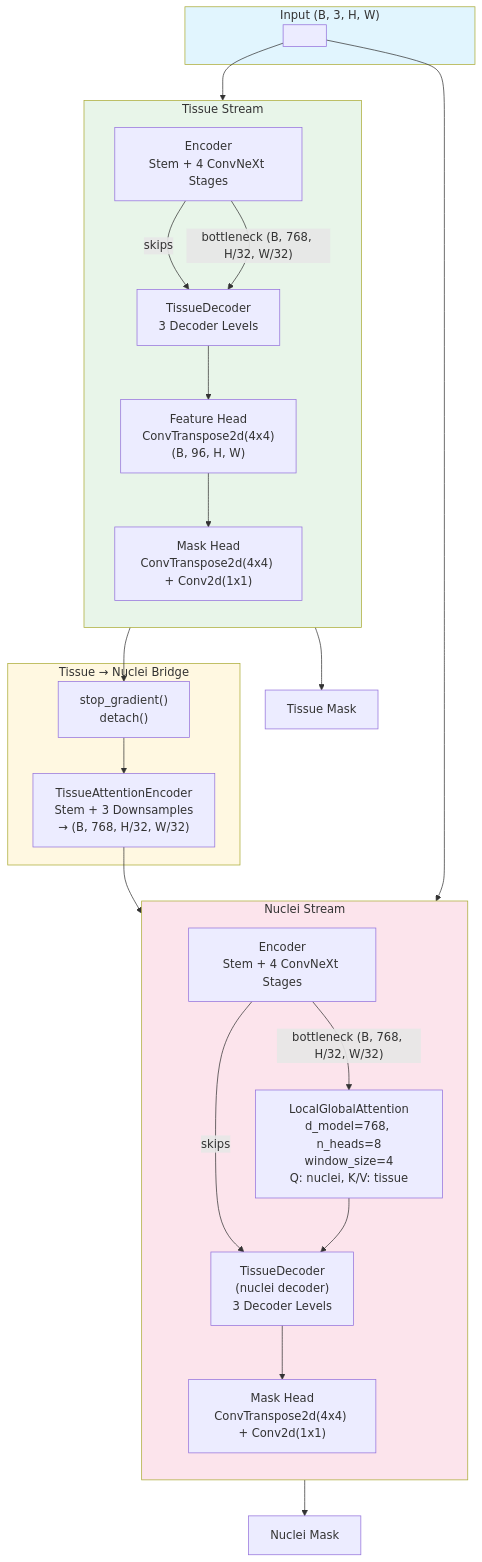
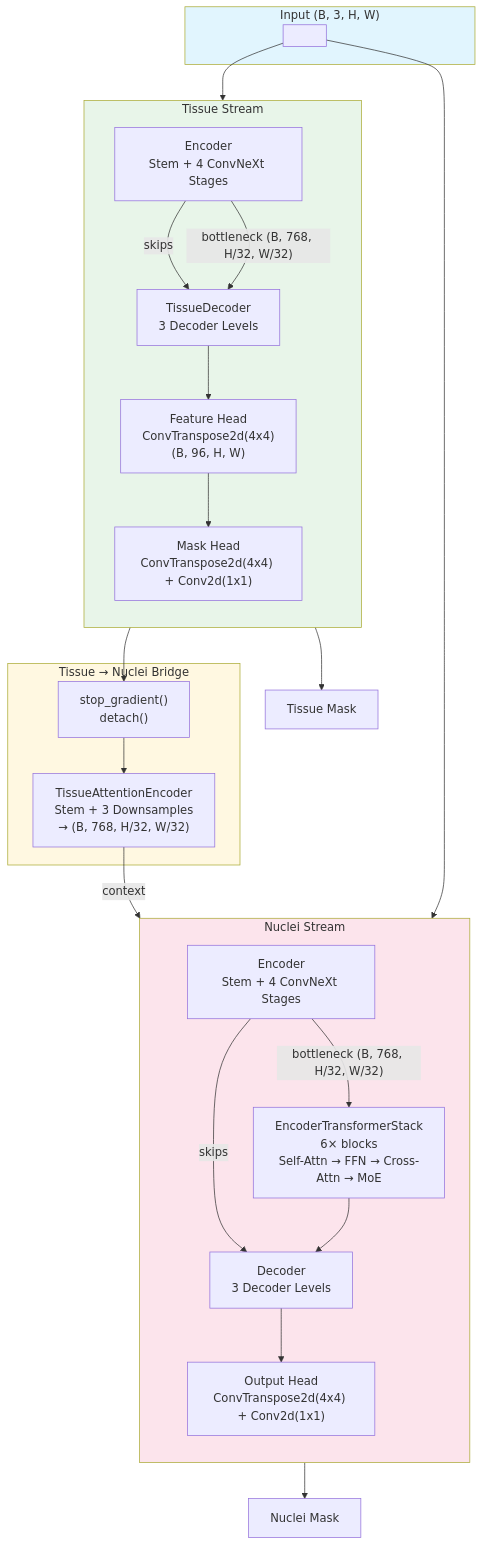
One commit to hoangtung386/Prometheus changed the fifth of 8 diagrams in docs/Architecture.md. Above: the diagram before and after it, drawn with Mermaid. The commit also changed other lines of this file, not shown here.

Commit message:
Fix DualUNet mermaid diagram: replace LocalGlobalAttention with EncoderTransformerStack + add EncoderTransformerBlock detail

````diff
--- a/docs/Architecture.md
+++ b/docs/Architecture.md
@@ -165,50 +165,50 @@
 ```mermaid
 flowchart TB
     subgraph Input["Input (B, 3, H, W)"]
         I[" "]
     end
 
     subgraph Tissue["Tissue Stream"]
         direction TB
         TE["Encoder<br/>Stem + 4 ConvNeXt Stages"]
         TD["TissueDecoder<br/>3 Decoder Levels"]
         OH1["Mask Head<br/>ConvTranspose2d(4x4) + Conv2d(1x1)"]
         FH["Feature Head<br/>ConvTranspose2d(4x4)<br/>(B, 96, H, W)"]
     end
 
     subgraph Bridge["Tissue → Nuclei Bridge"]
         SG["stop_gradient()<br/>detach()"]
         TAE["TissueAttentionEncoder<br/>Stem + 3 Downsamples<br/>→ (B, 768, H/32, W/32)"]
     end
 
     subgraph Nuclei["Nuclei Stream"]
         direction TB
         NE["Encoder<br/>Stem + 4 ConvNeXt Stages"]
-        CA["LocalGlobalAttention<br/>d_model=768, n_heads=8<br/>window_size=4<br/>Q: nuclei, K/V: tissue"]
-        ND["TissueDecoder<br/>(nuclei decoder)<br/>3 Decoder Levels"]
-        OH2["Mask Head<br/>ConvTranspose2d(4x4) + Conv2d(1x1)"]
+        TX["EncoderTransformerStack<br/>6× blocks<br/>Self-Attn → FFN → Cross-Attn → MoE"]
+        ND["Decoder<br/>3 Decoder Levels"]
+        OH2["Output Head<br/>ConvTranspose2d(4x4) + Conv2d(1x1)"]
     end
 
     I --> TE
     TE -->|"skips"| TD
     TE -->|"bottleneck (B, 768, H/32, W/32)"| TD
     TD --> FH
     FH --> OH1
     OH1 --> TM["Tissue Mask"]
 
     FH --> SG
     SG --> TAE
-    TAE --> CA
+    TAE -->|"context"| TX
 
     I --> NE
-    NE -->|"bottleneck (B, 768, H/32, W/32)"| CA
+    NE -->|"bottleneck (B, 768, H/32, W/32)"| TX
     NE -->|"skips"| ND
-    CA --> ND
+    TX --> ND
     ND --> OH2
     OH2 --> NM["Nuclei Mask"]
 
     style Input fill:#e1f5fe
     style Tissue fill:#e8f5e9
     style Bridge fill:#fff8e1
     style Nuclei fill:#fce4ec
 ```
````
